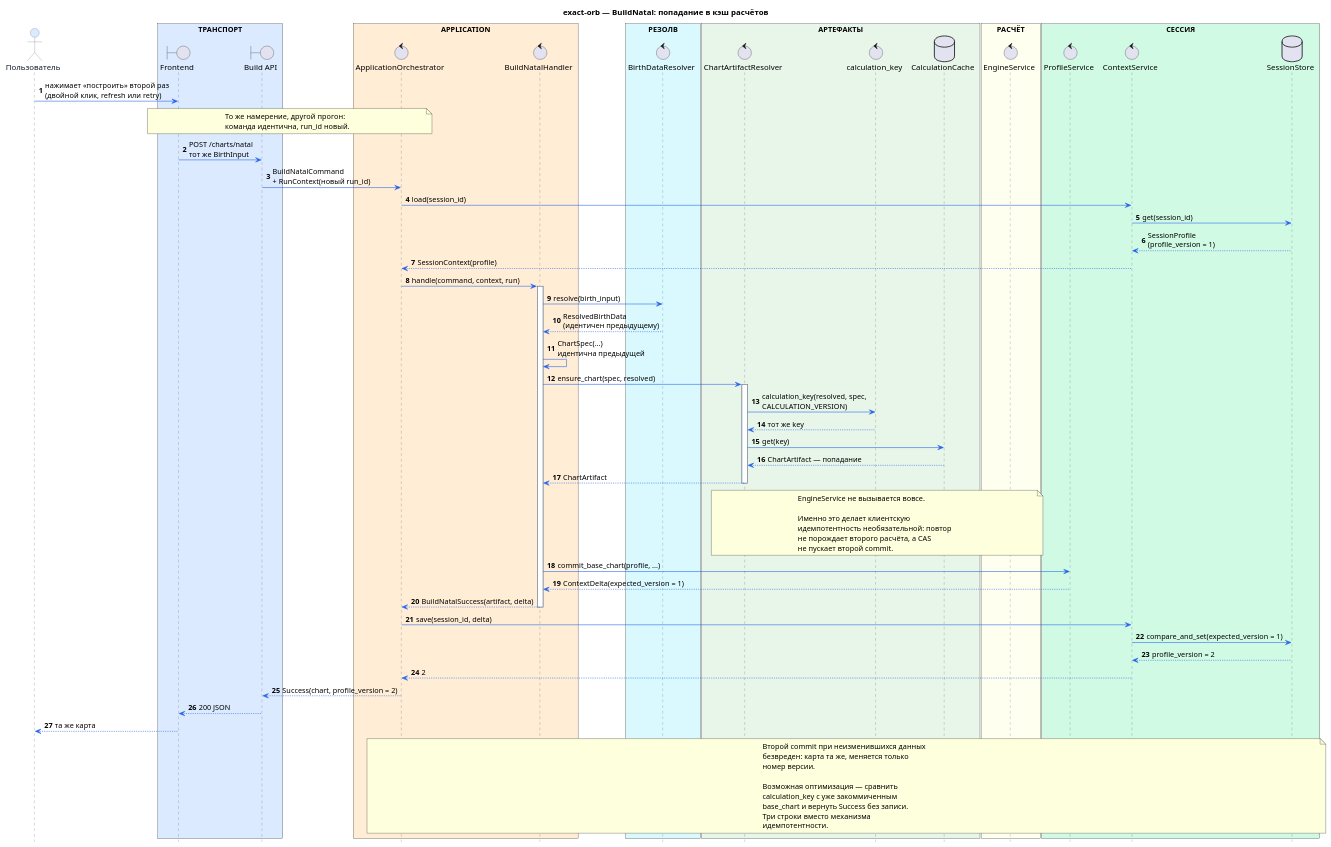
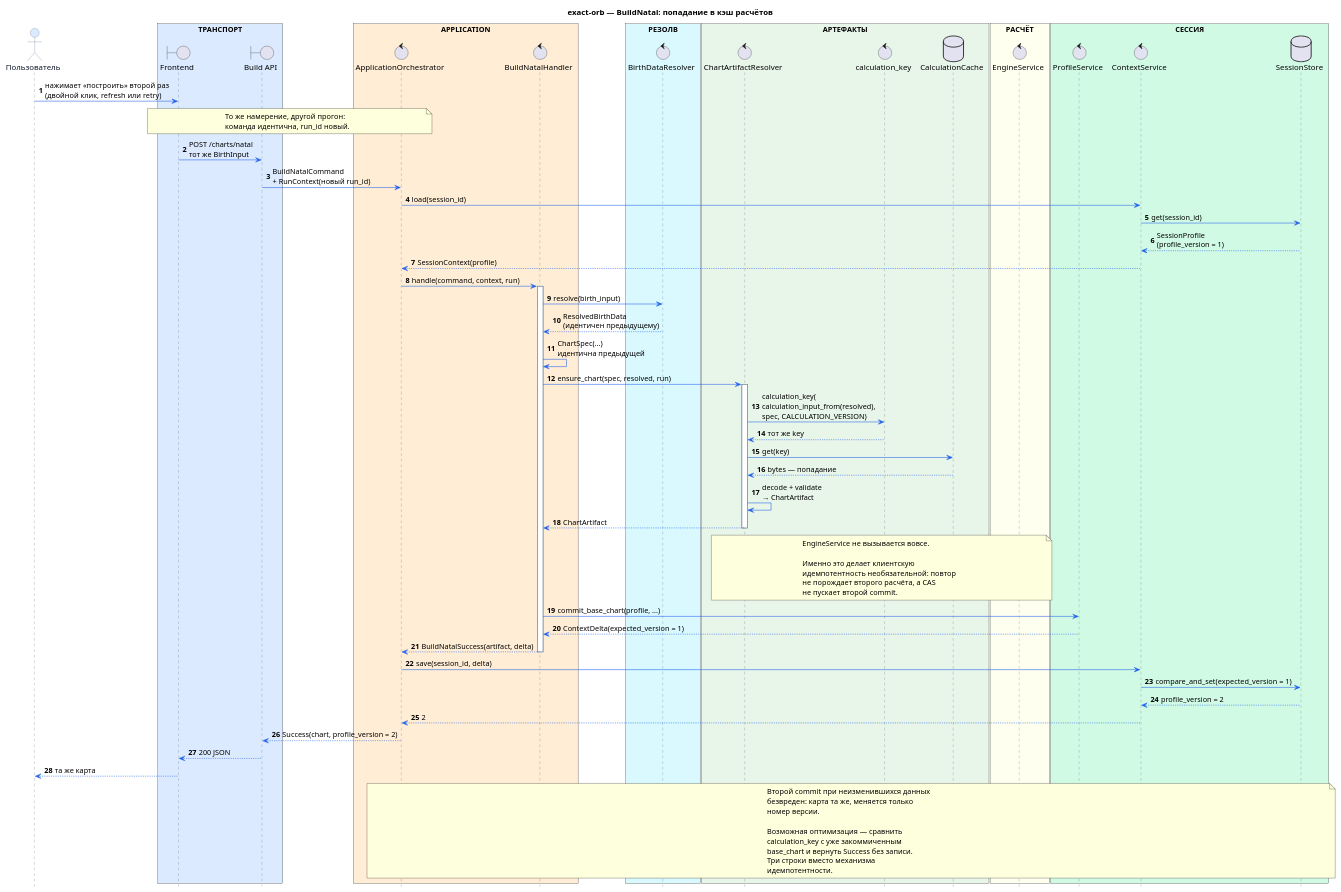
The diagram in docs/sequence_diagrams/build_natal/002-build_natal_cache_hit.puml (unemployedITshnik/exact-orb-demo), drawn with PlantUML before and after one commit. The commit also changed 49 other files, not shown here.

First line of the commit message:
feat(calculation): add chart artifact pipeline layers

```diff
--- a/docs/sequence_diagrams/build_natal/002-build_natal_cache_hit.puml
+++ b/docs/sequence_diagrams/build_natal/002-build_natal_cache_hit.puml
@@ -1,140 +1,141 @@
 @startuml
 title exact-orb — BuildNatal: попадание в кэш расчётов
 
 ' Повторный запрос с теми же данными: спека и ResolvedBirthData совпадают,
 ' значит совпадает calculation_key. Движок не вызывается.
 
 autonumber
 hide footbox
 
 skinparam shadowing false
 skinparam responseMessageBelowArrow true
 
 skinparam sequence {
     ArrowColor #2563EB
     LifeLineBorderColor #64748B
     LifeLineBackgroundColor #FFFFFF
 
     ParticipantBorderColor #64748B
     ParticipantFontColor #0F172A
     ParticipantBackgroundColor #F8FAFC
 
     ActorBorderColor #64748B
     ActorFontColor #0F172A
     ActorBackgroundColor #DBEAFE
 
     GroupBorderColor #94A3B8
     GroupHeaderFontColor #1E293B
 
     DividerBorderColor #94A3B8
     DividerFontColor #1E293B
 
     NoteBorderColor #94A3B8
     NoteBackgroundColor #FFFBEA
     NoteFontColor #334155
 }
 
 actor "Пользователь" as User
 
 box "ТРАНСПОРТ" #DBEAFE
     boundary "Frontend" as FE
     boundary "Build API" as API
 end box
 
 box "APPLICATION" #FFEDD5
     control "ApplicationOrchestrator" as Orch
     control "BuildNatalHandler" as Handler
 end box
 
 box "РЕЗОЛВ" #D9F9FF
     control "BirthDataResolver" as Resolver
 end box
 
 box "АРТЕФАКТЫ" #E8F5E9
     control "ChartArtifactResolver" as Artifacts
     control "calculation_key" as Keys
     database "CalculationCache" as Cache
 end box
 
 box "РАСЧЁТ" #FFFFF0
     control "EngineService" as Engine
 end box
 
 box "СЕССИЯ" #D1FAE5
     control "ProfileService" as Profile
     control "ContextService" as Context
     database "SessionStore" as Store
 end box
 
 
 User -> FE : нажимает «построить» второй раз\n(двойной клик, refresh или retry)
 
 note over FE, Orch
 То же намерение, другой прогон:
 команда идентична, run_id новый.
 end note
 FE -> API : POST /charts/natal\nтот же BirthInput
 API -> Orch : BuildNatalCommand\n+ RunContext(новый run_id)
 
 Orch -> Context : load(session_id)
 Context -> Store : get(session_id)
 Store --> Context : SessionProfile\n(profile_version = 1)
 Context --> Orch : SessionContext(profile)
 
 Orch -> Handler : handle(command, context, run)
 activate Handler
 
 Handler -> Resolver : resolve(birth_input)
 Resolver --> Handler : ResolvedBirthData\n(идентичен предыдущему)
 
 Handler -> Handler : ChartSpec(...)\nидентична предыдущей
 
-Handler -> Artifacts : ensure_chart(spec, resolved)
+Handler -> Artifacts : ensure_chart(spec, resolved, run)
 activate Artifacts
 
-Artifacts -> Keys : calculation_key(resolved, spec,\nCALCULATION_VERSION)
+Artifacts -> Keys : calculation_key(\ncalculation_input_from(resolved),\nspec, CALCULATION_VERSION)
 Keys --> Artifacts : тот же key
 
 Artifacts -> Cache : get(key)
-Cache --> Artifacts : ChartArtifact — попадание
+Cache --> Artifacts : bytes — попадание
+Artifacts -> Artifacts : decode + validate\n→ ChartArtifact
 
 Artifacts --> Handler : ChartArtifact
 deactivate Artifacts
 
 note over Artifacts, Engine
 EngineService не вызывается вовсе.
 
 Именно это делает клиентскую
 идемпотентность необязательной: повтор
 не порождает второго расчёта, а CAS
 не пускает второй commit.
 end note
 
 Handler -> Profile : commit_base_chart(profile, ...)
 Profile --> Handler : ContextDelta(expected_version = 1)
 
 Handler --> Orch : BuildNatalSuccess(artifact, delta)
 deactivate Handler
 
 Orch -> Context : save(session_id, delta)
 Context -> Store : compare_and_set(expected_version = 1)
 Store --> Context : profile_version = 2
 Context --> Orch : 2
 
 Orch --> API : Success(chart, profile_version = 2)
 API --> FE : 200 JSON
 FE --> User : та же карта
 
 note over Orch, Store
 Второй commit при неизменившихся данных
 безвреден: карта та же, меняется только
 номер версии.
 
 Возможная оптимизация — сравнить
 calculation_key с уже закоммиченным
 base_chart и вернуть Success без записи.
 Три строки вместо механизма
 идемпотентности.
 end note
 
 @enduml
```
